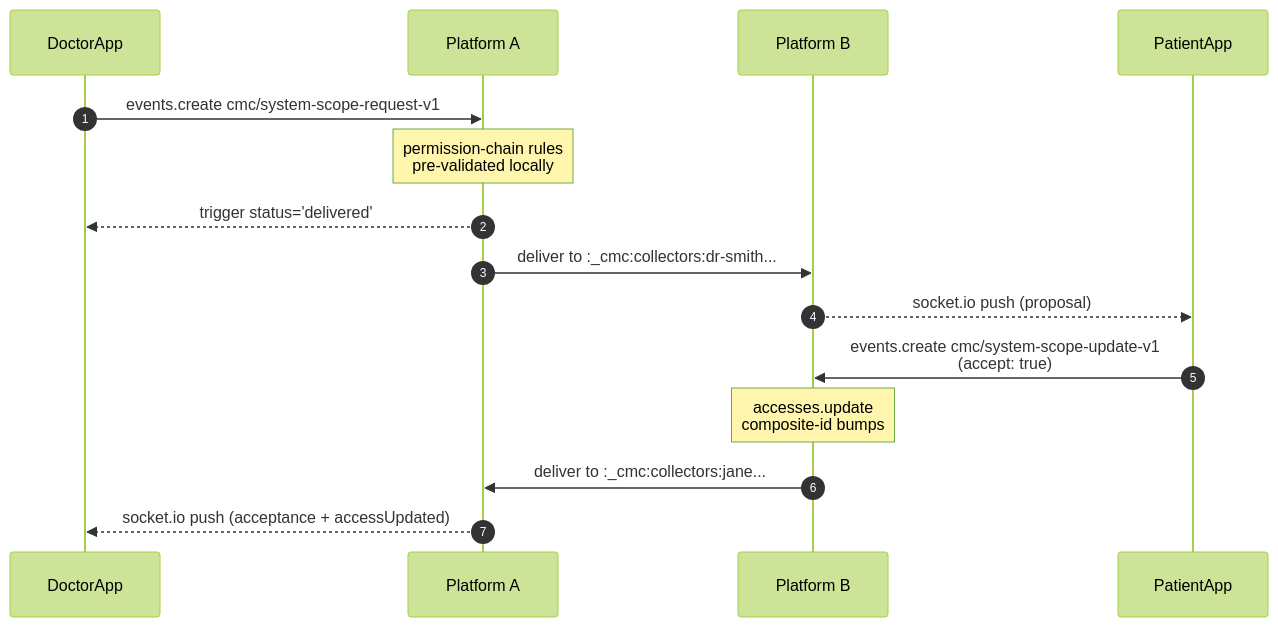
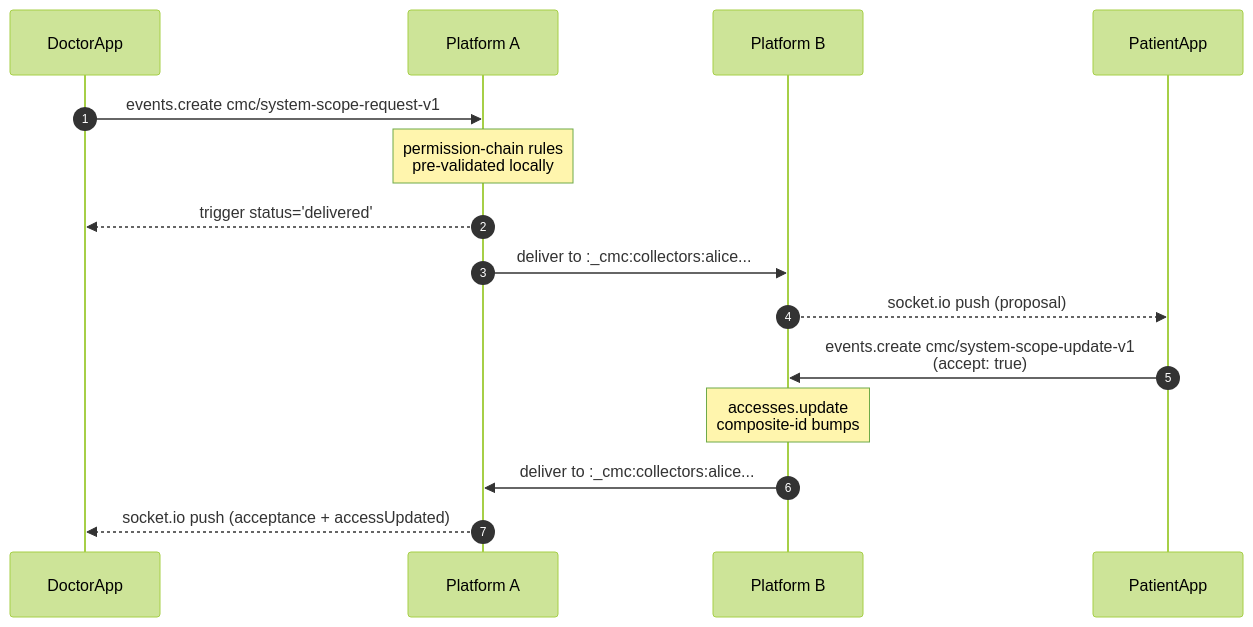
The fourth of 5 diagrams in components/cmc/IMPLEMENTERS-GUIDE.md (pryv/open-pryv.io), drawn with Mermaid (forest theme) before and after one commit. The commit also changed other lines of this file and 20 other files, not shown here.

````diff
--- a/components/cmc/IMPLEMENTERS-GUIDE.md
+++ b/components/cmc/IMPLEMENTERS-GUIDE.md
@@ -490,18 +490,18 @@
 ```mermaid
 sequenceDiagram
     autonumber
     participant DoctorApp
     participant PlatformA as Platform A
     participant PlatformB as Platform B
     participant PatientApp
 
     DoctorApp->>PlatformA: events.create cmc/system-scope-request-v1
     Note over PlatformA: permission-chain rules<br/>pre-validated locally
     PlatformA-->>DoctorApp: trigger status='delivered'
-    PlatformA->>PlatformB: deliver to :_cmc:collectors:dr-smith...
+    PlatformA->>PlatformB: deliver to :_cmc:collectors:alice...
     PlatformB-->>PatientApp: socket.io push (proposal)
     PatientApp->>PlatformB: events.create cmc/system-scope-update-v1<br/>(accept: true)
     Note over PlatformB: accesses.update<br/>composite-id bumps
-    PlatformB->>PlatformA: deliver to :_cmc:collectors:jane...
+    PlatformB->>PlatformA: deliver to :_cmc:collectors:alice...
     PlatformA-->>DoctorApp: socket.io push (acceptance + accessUpdated)
 ```
````
